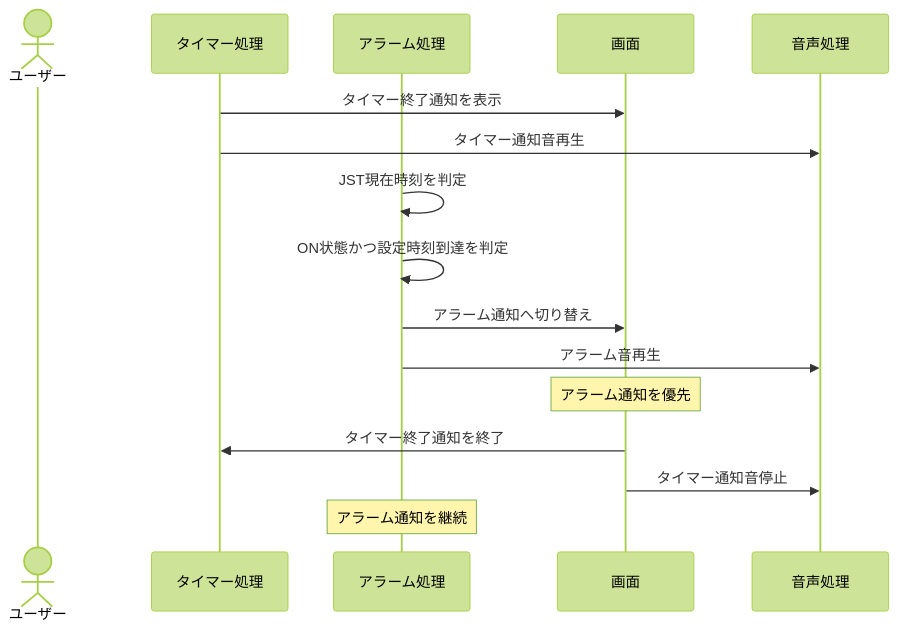
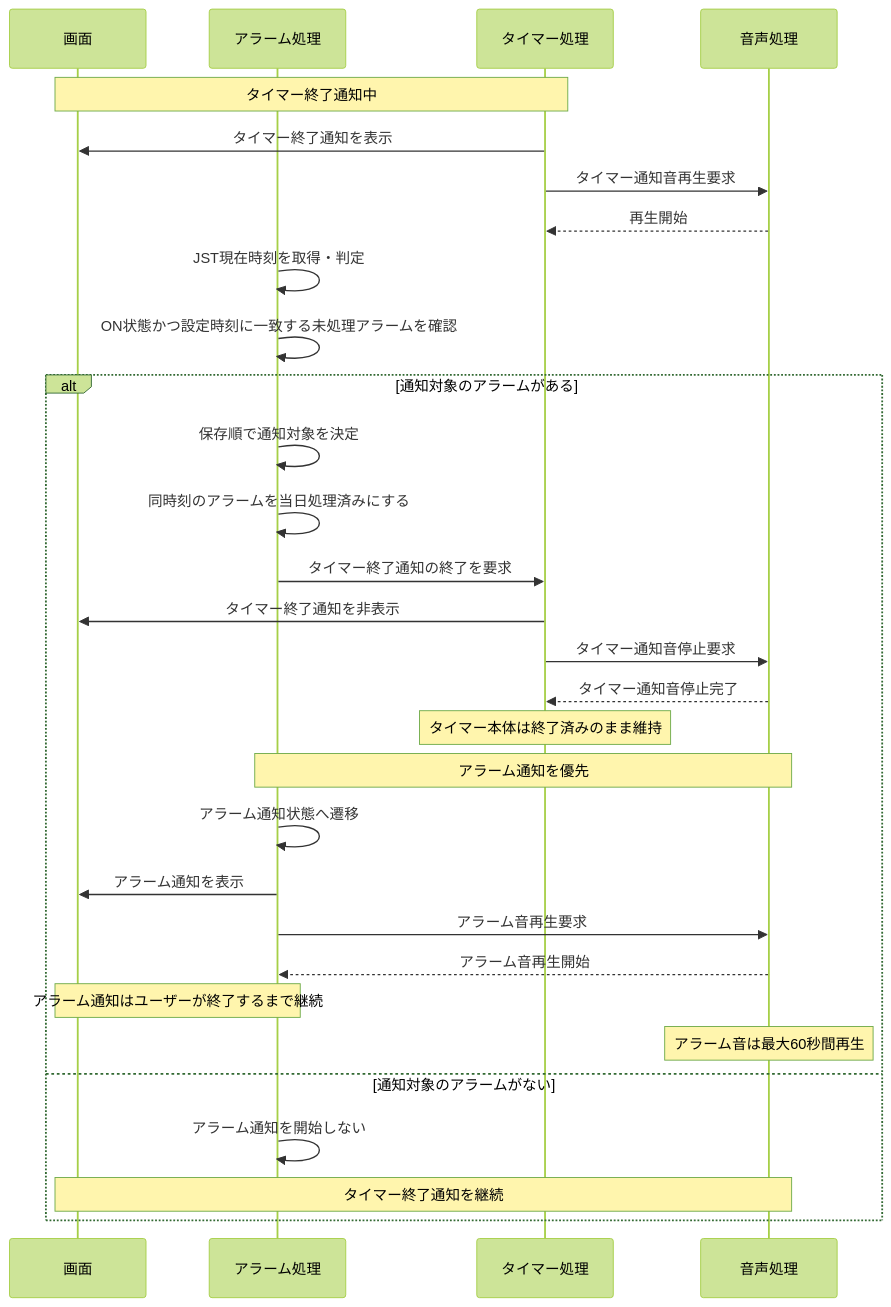
Before and after one commit to shun62201234-crypto/timerApplication: the sixth of 6 diagrams in document/設計/シーケンス図/アラームシーケンス図.md, drawn with Mermaid (forest theme). The commit also changed other lines of this file, not shown here.

Commit message:
アラームシーケンス図修正

````diff
--- a/document/設計/シーケンス図/アラームシーケンス図.md
+++ b/document/設計/シーケンス図/アラームシーケンス図.md
@@ -184,23 +279,41 @@
 ```mermaid
 sequenceDiagram
-    actor ユーザー
+    participant UI as 画面
+    participant Alarm as アラーム処理
     participant Timer as タイマー処理
-    participant Alarm as アラーム処理
-    participant UI as 画面
     participant Audio as 音声処理
 
+    Note over UI,Timer: タイマー終了通知中
+
     Timer->>UI: タイマー終了通知を表示
-    Timer->>Audio: タイマー通知音再生
+    Timer->>Audio: タイマー通知音再生要求
+    Audio-->>Timer: 再生開始
 
-    Alarm->>Alarm: JST現在時刻を判定
-    Alarm->>Alarm: ON状態かつ設定時刻到達を判定
-    Alarm->>UI: アラーム通知へ切り替え
-    Alarm->>Audio: アラーム音再生
+    Alarm->>Alarm: JST現在時刻を取得・判定
+    Alarm->>Alarm: ON状態かつ設定時刻に一致する未処理アラームを確認
 
-    Note over UI: アラーム通知を優先
+    alt 通知対象のアラームがある
+        Alarm->>Alarm: 保存順で通知対象を決定
+        Alarm->>Alarm: 同時刻のアラームを当日処理済みにする
 
-    UI->>Timer: タイマー終了通知を終了
-    UI->>Audio: タイマー通知音停止
+        Alarm->>Timer: タイマー終了通知の終了を要求
+        Timer->>UI: タイマー終了通知を非表示
+        Timer->>Audio: タイマー通知音停止要求
+        Audio-->>Timer: タイマー通知音停止完了
 
-    Note over Alarm: アラーム通知を継続
+        Note over Timer: タイマー本体は終了済みのまま維持
+        Note over Alarm,Audio: アラーム通知を優先
+
+        Alarm->>Alarm: アラーム通知状態へ遷移
+        Alarm->>UI: アラーム通知を表示
+        Alarm->>Audio: アラーム音再生要求
+        Audio-->>Alarm: アラーム音再生開始
+
+        Note over UI,Alarm: アラーム通知はユーザーが終了するまで継続
+        Note over Audio: アラーム音は最大60秒間再生
+
+    else 通知対象のアラームがない
+        Alarm->>Alarm: アラーム通知を開始しない
+        Note over UI,Audio: タイマー終了通知を継続
+    end
 ```
````
